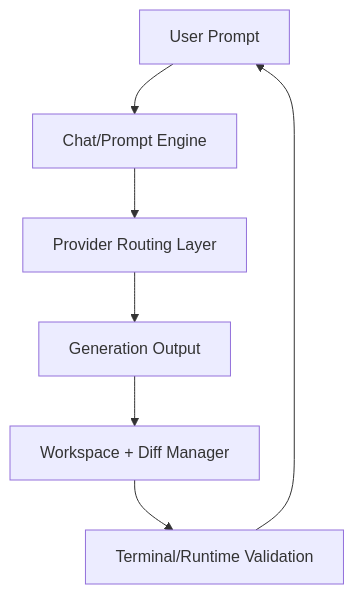
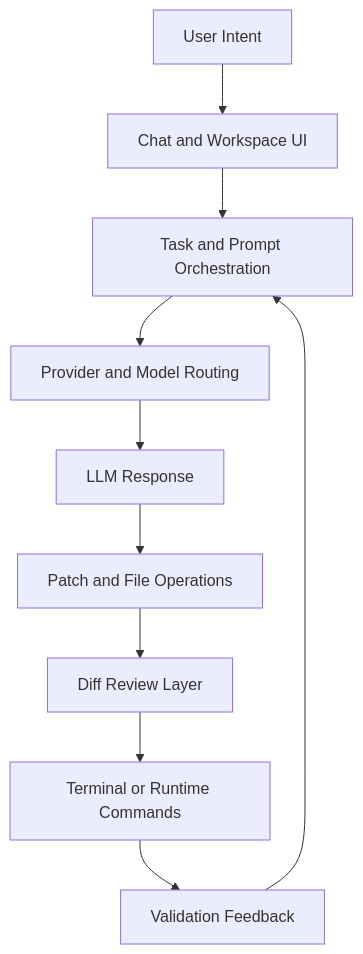
The diagram in tutorials/bolt-diy-tutorial/02-architecture-overview.md (johnxie/awesome-code-docs), drawn with Mermaid before and after one commit. The commit also changed other lines of this file and 13 other files, not shown here.

````diff
--- a/tutorials/bolt-diy-tutorial/02-architecture-overview.md
+++ b/tutorials/bolt-diy-tutorial/02-architecture-overview.md
@@ -14,9 +24,12 @@
 ```mermaid
-graph TD
-    U[User Prompt] --> C[Chat/Prompt Engine]
-    C --> P[Provider Routing Layer]
-    P --> G[Generation Output]
-    G --> W[Workspace + Diff Manager]
-    W --> T[Terminal/Runtime Validation]
-    T --> U
+flowchart TD
+    U[User Intent] --> UI[Chat and Workspace UI]
+    UI --> ORCH[Task and Prompt Orchestration]
+    ORCH --> ROUTE[Provider and Model Routing]
+    ROUTE --> LLM[LLM Response]
+    LLM --> EDIT[Patch and File Operations]
+    EDIT --> DIFF[Diff Review Layer]
+    DIFF --> CMD[Terminal or Runtime Commands]
+    CMD --> FEEDBACK[Validation Feedback]
+    FEEDBACK --> ORCH
 ```
````
